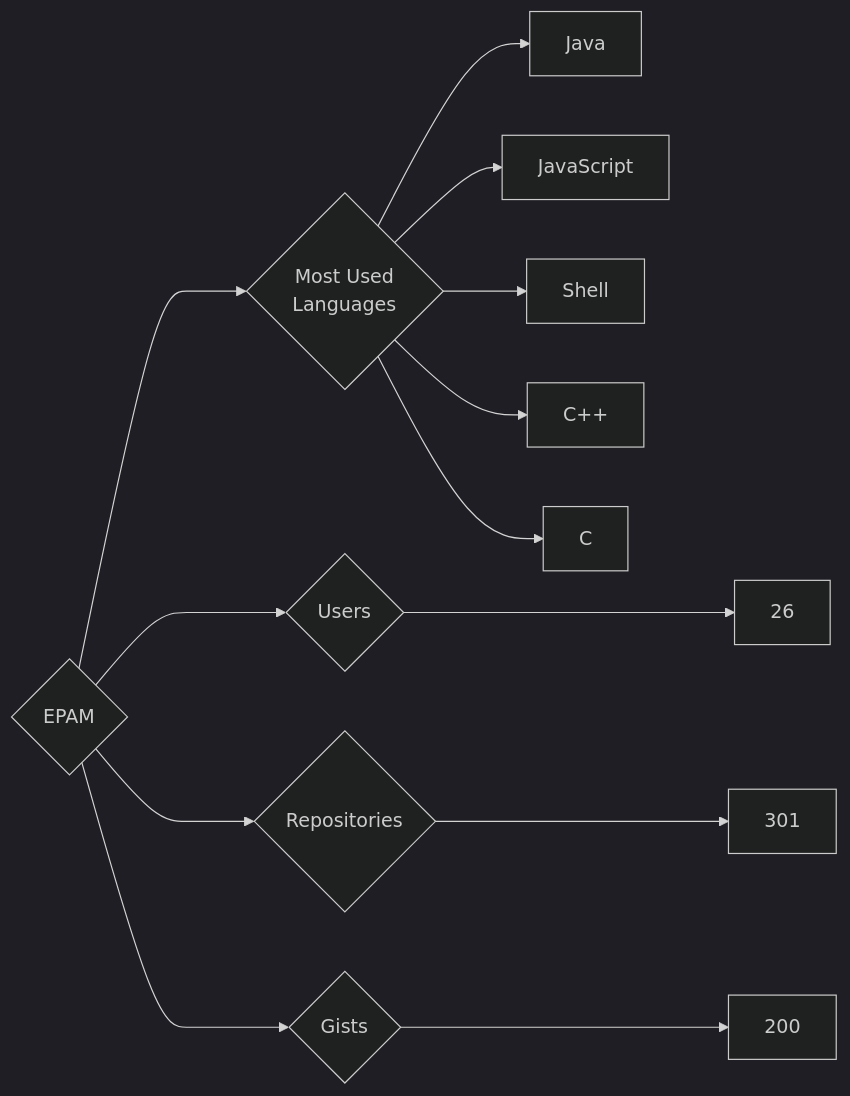
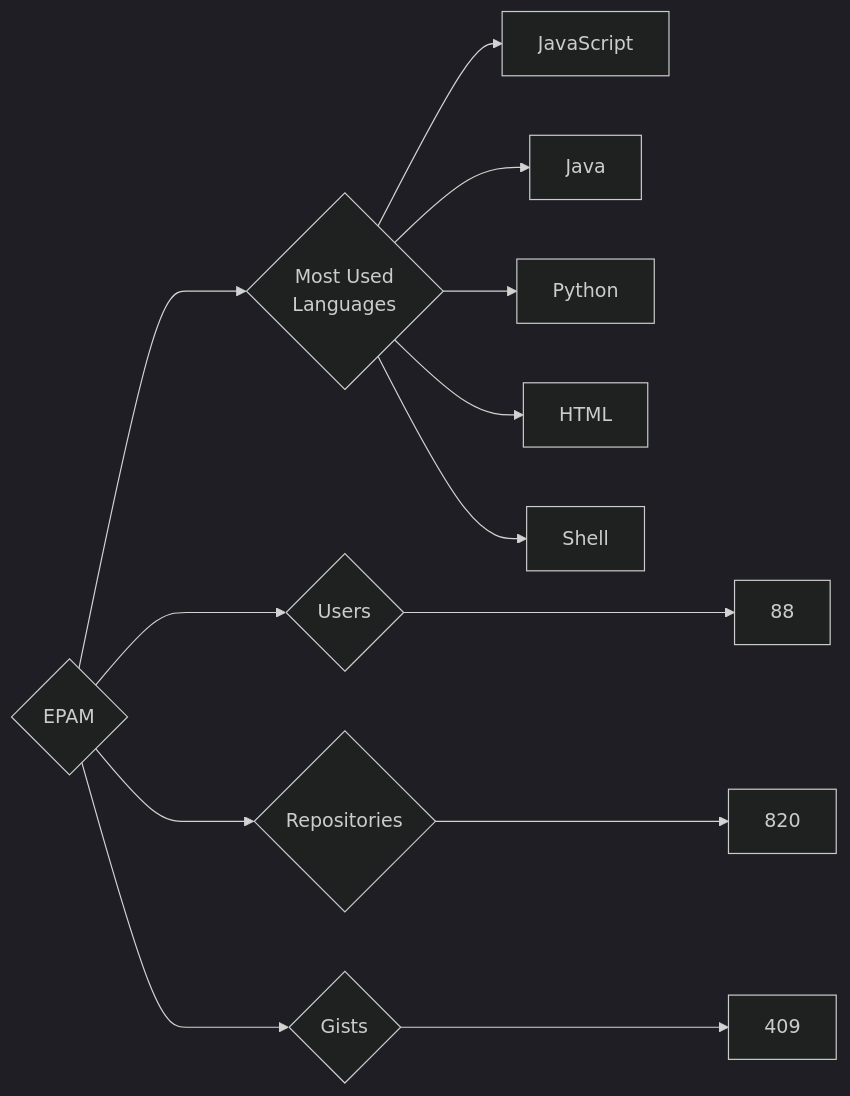
One commit to trickest/insiders changed the diagram in targets/EPAM/README.md. Above: the diagram before and after it, drawn with Mermaid (dark theme). The commit also changed 721 other files, not shown here.

````diff
--- a/targets/EPAM/README.md
+++ b/targets/EPAM/README.md
@@ -3,13 +3,13 @@
 ```mermaid
 graph LR
 COMPANY_NAME{EPAM}
-COMPANY_NAME ---> U{Users} ---> UN[26]
-COMPANY_NAME ---> R{Repositories} ---> RN[301]
-COMPANY_NAME ---> G{Gists} ---> GN[200]
+COMPANY_NAME ---> U{Users} ---> UN[88]
+COMPANY_NAME ---> R{Repositories} ---> RN[820]
+COMPANY_NAME ---> G{Gists} ---> GN[409]
 COMPANY_NAME ---> ML{Most Used<br>Languages}
+ML --> JavaScript[JavaScript]
 ML --> Java[Java]
-ML --> JavaScript[JavaScript]
+ML --> Python[Python]
+ML --> HTML[HTML]
 ML --> Shell[Shell]
-ML --> C++[C++]
-ML --> C[C]
 ```
````
